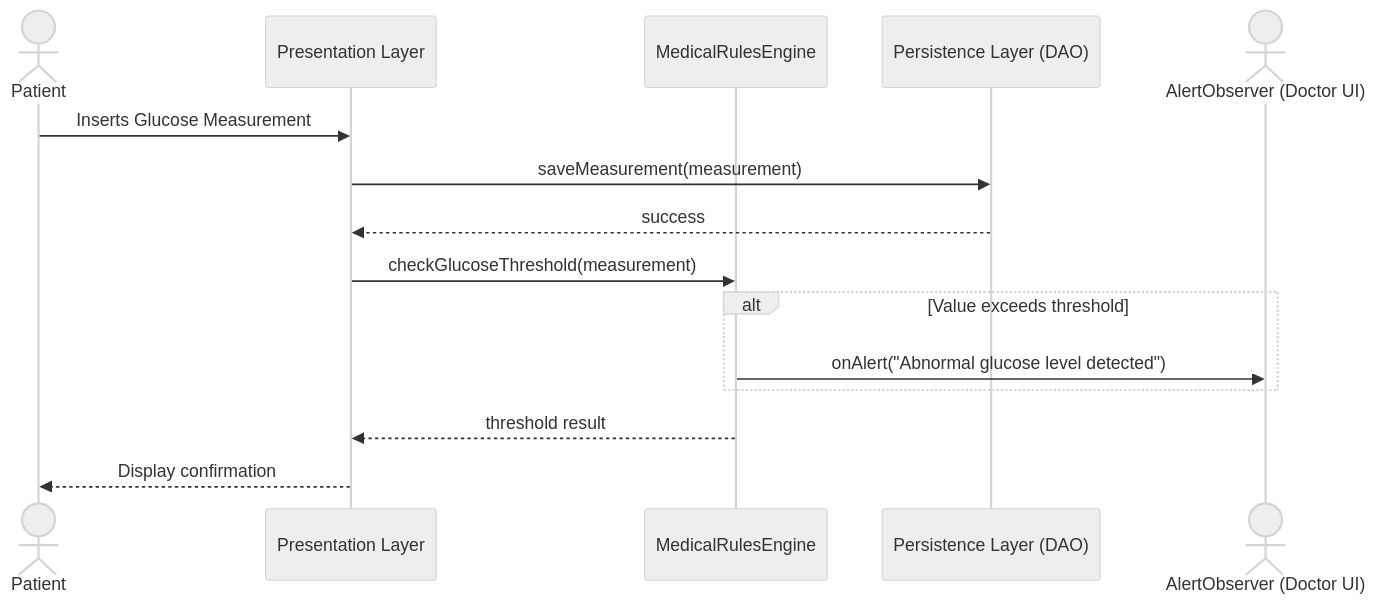
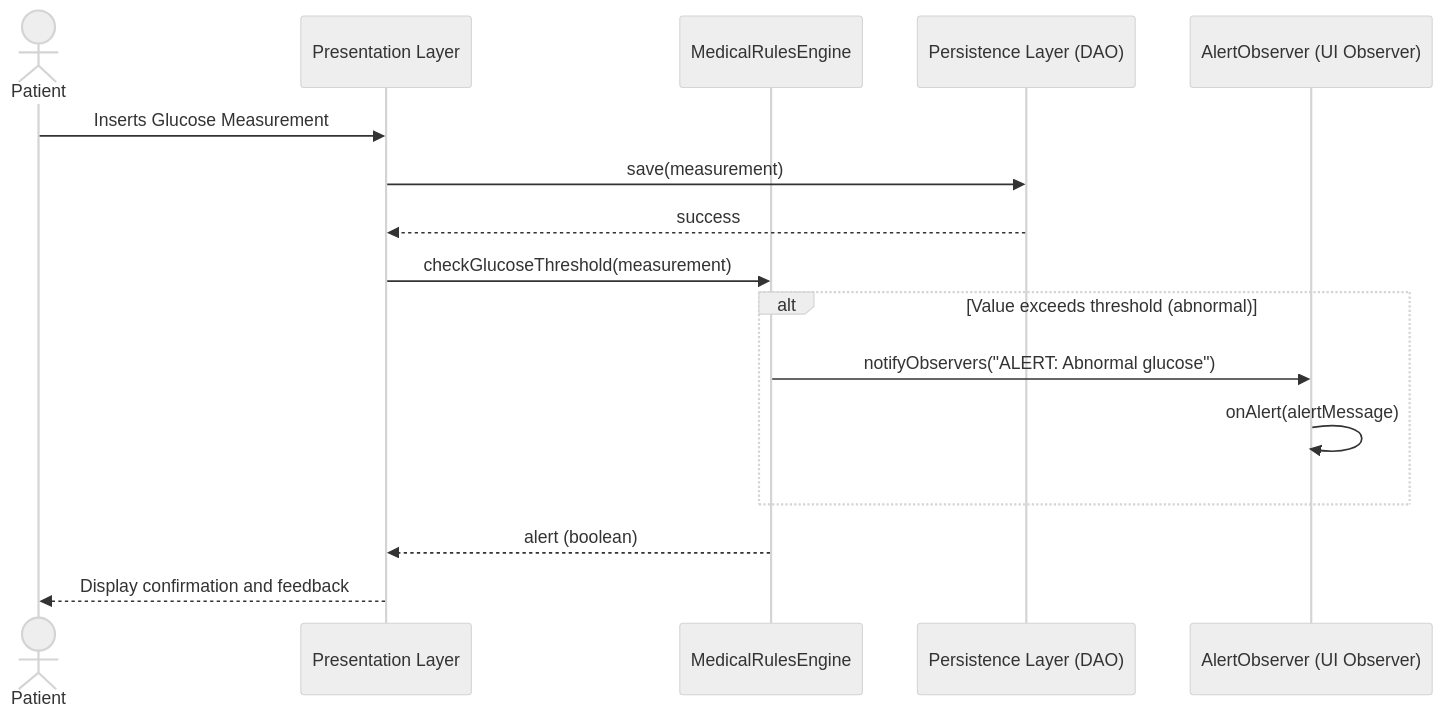
One commit to SamueleOrazioDurante/telemedicina-ingegneria changed the ninth of 13 diagrams in documentation.md. Above: the diagram before and after it, drawn with Mermaid (neutral theme). The commit also changed other lines of this file and 8 other files, not shown here.

Commit message:
refactor: remove redundant drug_name field from DrugIntake domain and database schema

````diff
--- a/documentation.md
+++ b/documentation.md
@@ -477,18 +477,19 @@
 ```mermaid
 sequenceDiagram
     actor Patient
     participant GUI as Presentation Layer
     participant Engine as MedicalRulesEngine
     participant DB as Persistence Layer (DAO)
-    actor Doctor as AlertObserver (Doctor UI)
+    participant Observer as AlertObserver (UI Observer)
 
     Patient->>GUI: Inserts Glucose Measurement
-    GUI->>DB: saveMeasurement(measurement)
+    GUI->>DB: save(measurement)
     DB-->>GUI: success
     GUI->>Engine: checkGlucoseThreshold(measurement)
-    alt Value exceeds threshold
-        Engine->>Doctor: onAlert("Abnormal glucose level detected")
+    alt Value exceeds threshold (abnormal)
+        Engine->>Observer: notifyObservers("ALERT: Abnormal glucose")
+        Observer->>Observer: onAlert(alertMessage)
     end
-    Engine-->>GUI: threshold result
-    GUI-->>Patient: Display confirmation
+    Engine-->>GUI: alert (boolean)
+    GUI-->>Patient: Display confirmation and feedback
 ```
````
